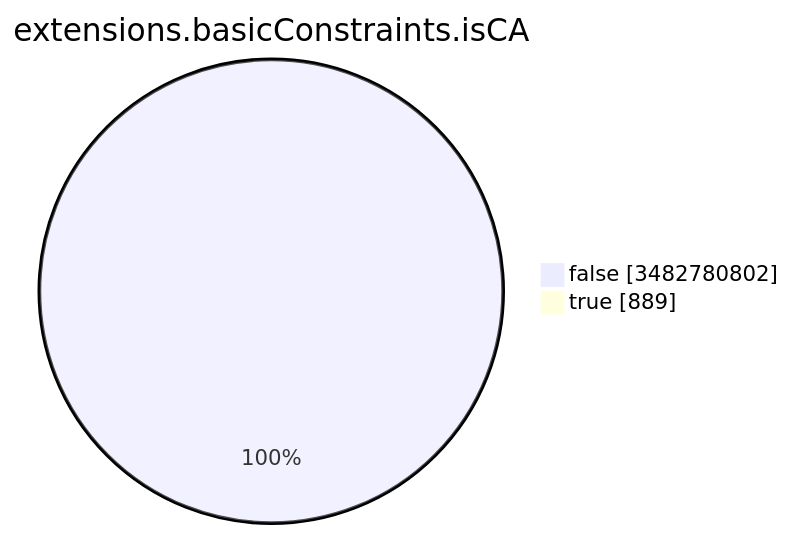
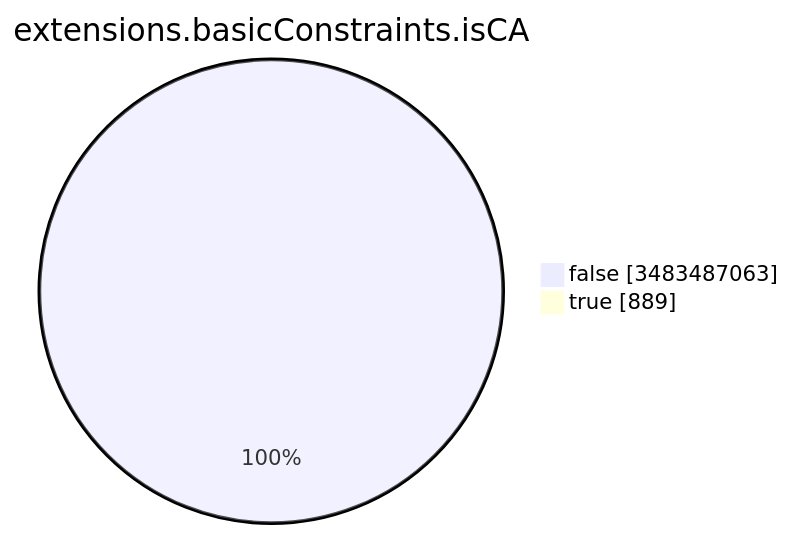
One commit to christiankrug/ctmonitor_visualization changed the seventh of 15 diagrams in TOTAL/README.md. Above: the diagram before and after it, drawn with Mermaid. The commit also changed other lines of this file, not shown here.

````diff
--- a/TOTAL/README.md
+++ b/TOTAL/README.md
@@ -3093,6 +3093,6 @@
 ```mermaid
 pie showData
 title extensions.basicConstraints.isCA
-"false" :3482780802
+"false" :3483487063
 "true" :889
 ```
````
